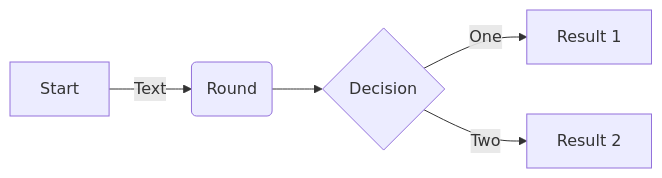
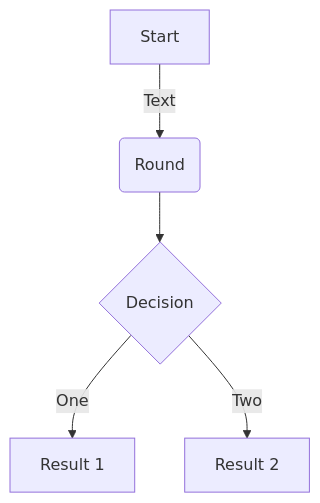
One commit to edithturn/elementary-readme changed the first of 3 diagrams in README.md. Above: the diagram before and after it, drawn with Mermaid.

Commit message:
mermaid fix

````diff
--- a/README.md
+++ b/README.md
@@ -149,7 +149,7 @@
 ```mermaid
-flowchart LR
+flowchart TD
 A[Start]-->|Text| B(Round)
 B-->C{Decision}
 C-->|One| D[Result 1]
 C-->|Two| E[Result 2]
 ```
````
